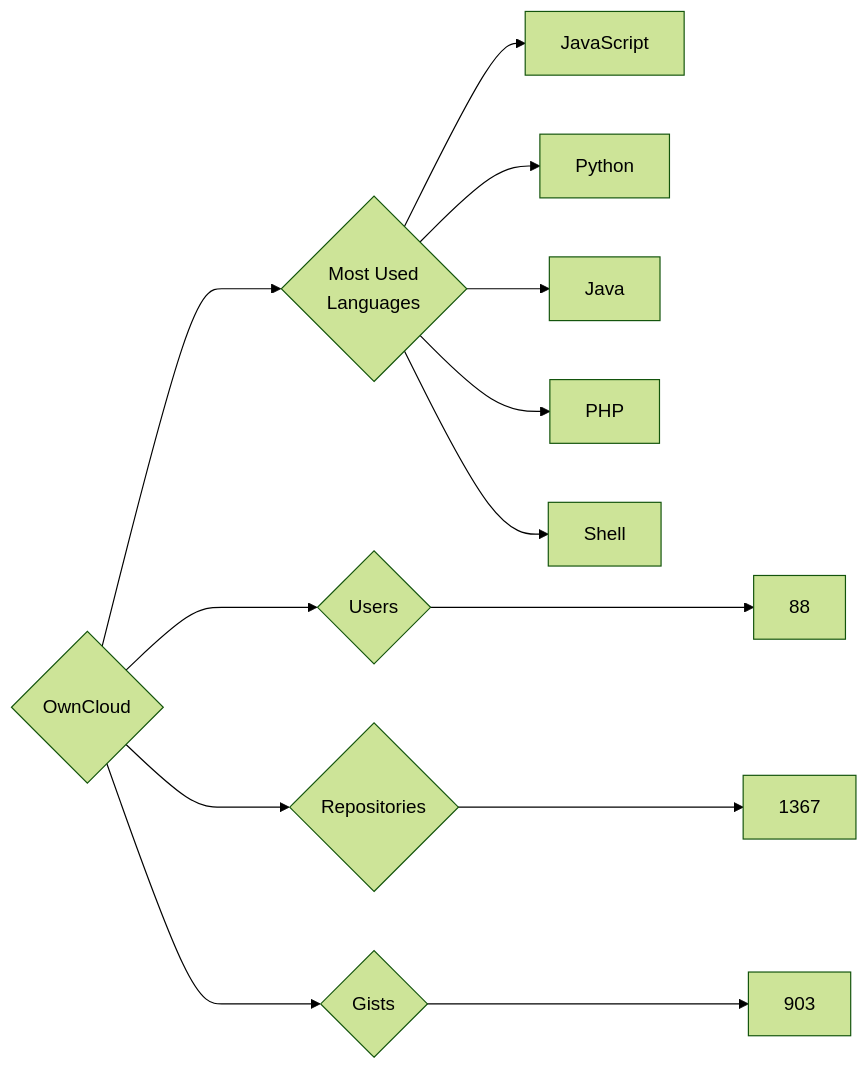
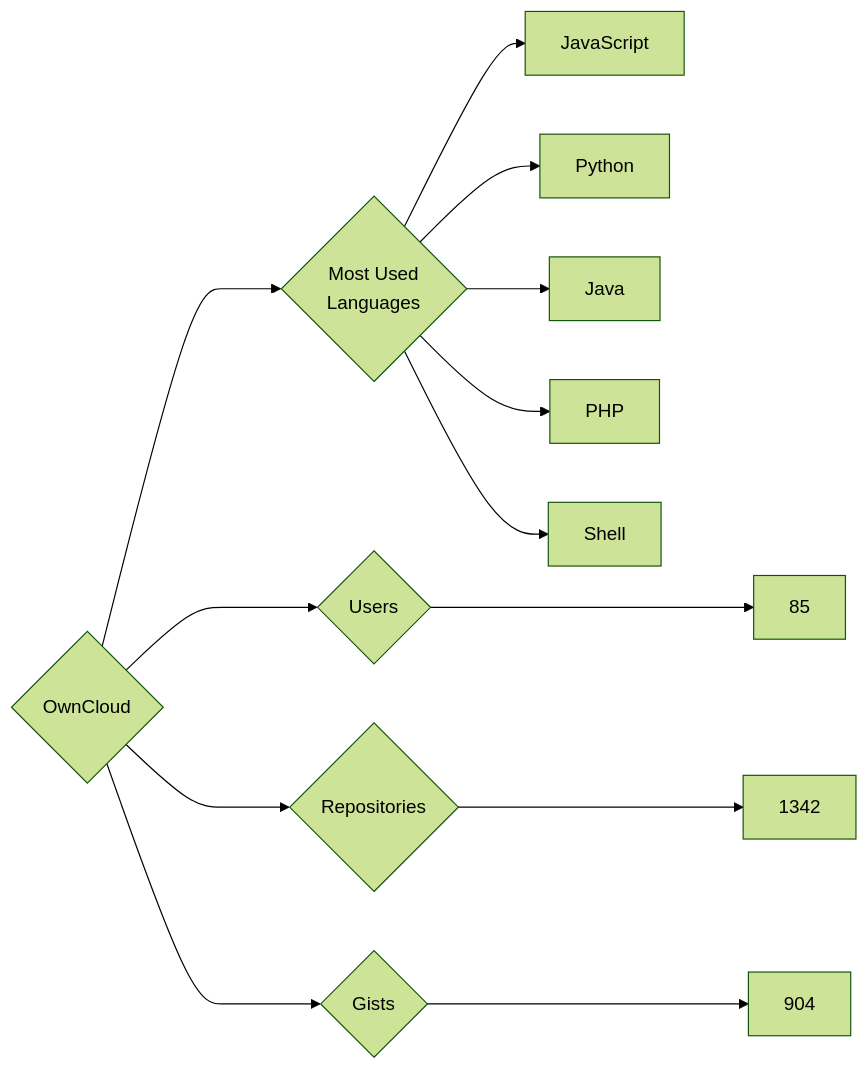
Before and after one commit to trickest/insiders: the diagram in targets/OwnCloud/README.md, drawn with Mermaid (forest theme). The commit also changed 976 other files, not shown here.

````diff
--- a/targets/OwnCloud/README.md
+++ b/targets/OwnCloud/README.md
@@ -3,13 +3,13 @@
 ```mermaid
 graph LR
 COMPANY_NAME{OwnCloud}
-COMPANY_NAME ---> U{Users} ---> UN[88]
-COMPANY_NAME ---> R{Repositories} ---> RN[1367]
-COMPANY_NAME ---> G{Gists} ---> GN[903]
+COMPANY_NAME ---> U{Users} ---> UN[85]
+COMPANY_NAME ---> R{Repositories} ---> RN[1342]
+COMPANY_NAME ---> G{Gists} ---> GN[904]
 COMPANY_NAME ---> ML{Most Used<br>Languages}
 ML --> JavaScript[JavaScript]
 ML --> Python[Python]
 ML --> Java[Java]
 ML --> PHP[PHP]
 ML --> Shell[Shell]
 ```
````
